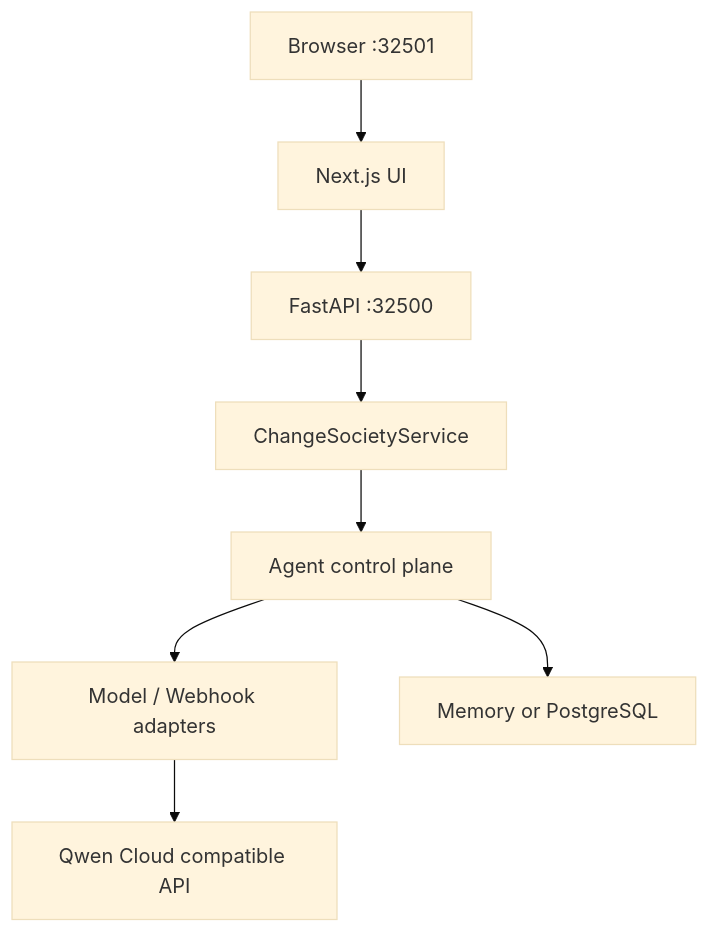
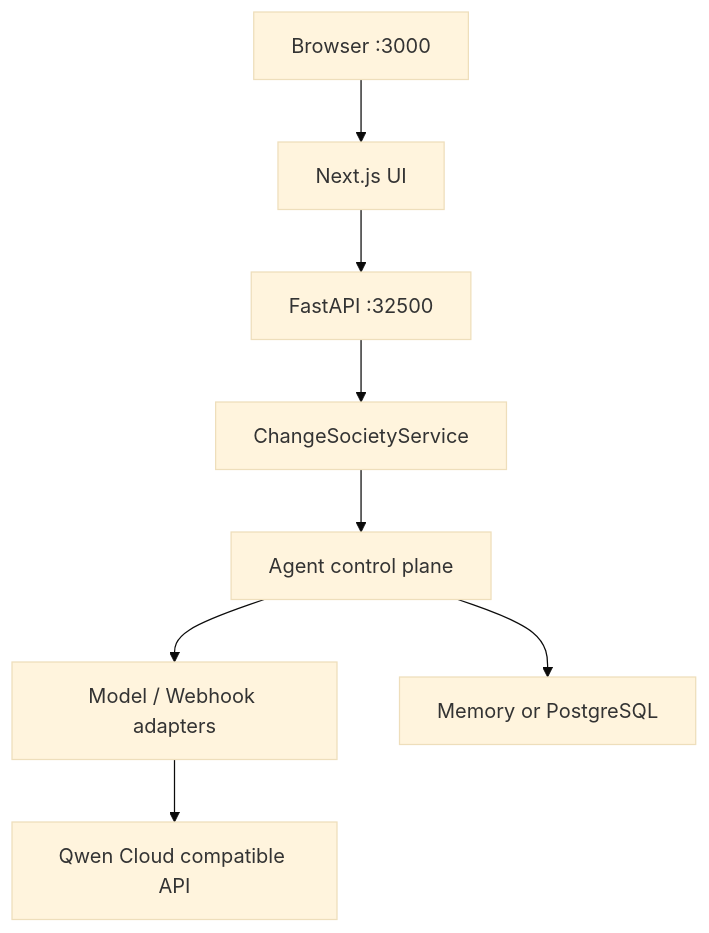
One commit to Sepideh-Asadollahi/AgentCore-Hackathon changed the second of 2 diagrams in README.md. Above: the diagram before and after it, drawn with Mermaid (base theme). The commit also changed other lines of this file and 178 other files, not shown here.

````diff
--- a/README.md
+++ b/README.md
@@ -74,10 +102,10 @@
 ```mermaid
 flowchart TB
-  Browser["Browser :32501"] --> Next["Next.js UI"]
+  Browser["Browser :3000"] --> Next["Next.js UI"]
   Next --> API["FastAPI :32500"]
   API --> SVC["ChangeSocietyService"]
   SVC --> CP["Agent control plane"]
   CP --> ADP["Model / Webhook adapters"]
   ADP --> QW["Qwen Cloud compatible API"]
   CP --> Store["Memory or PostgreSQL"]
 ```
````
